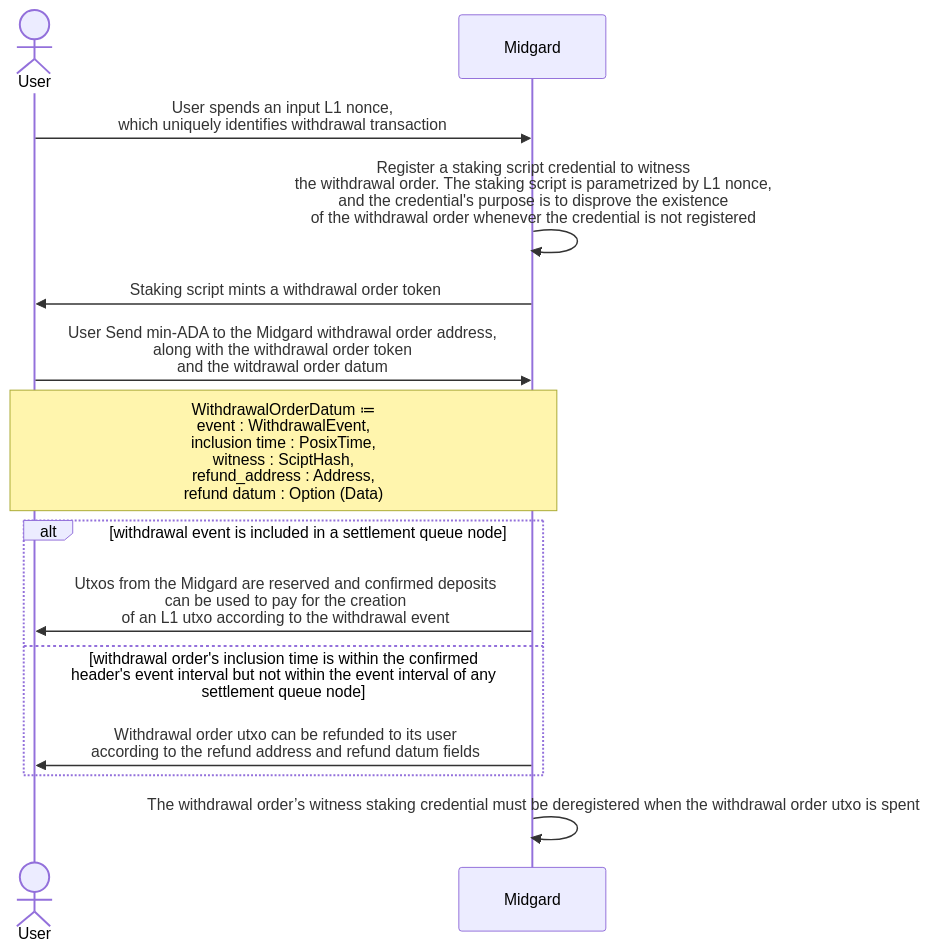
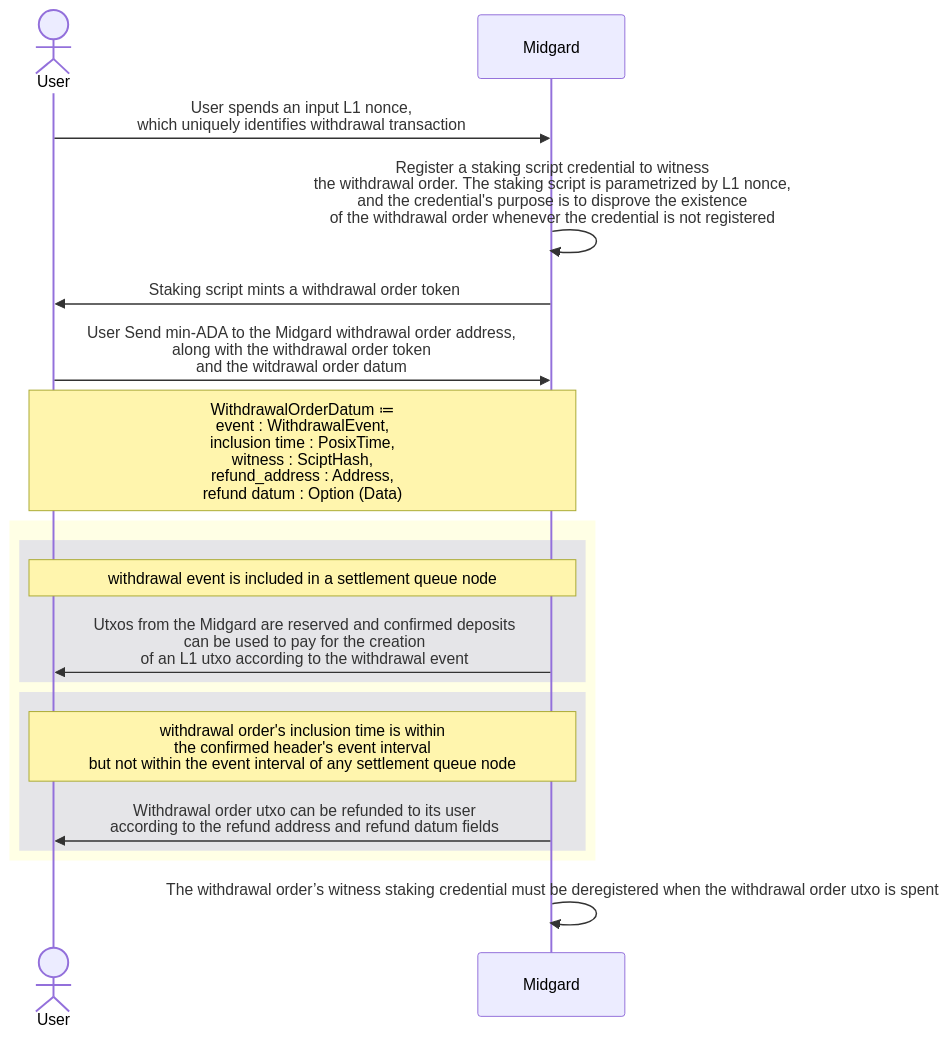
Before and after one commit to sundial-protocol/sundial-monorepo: the diagram in demo/schemes/L1_withdrawal_order.md, drawn with Mermaid.

Commit message:
Change alt block to colored rectangles

````diff
--- a/demo/schemes/L1_withdrawal_order.md
+++ b/demo/schemes/L1_withdrawal_order.md
@@ -1,19 +1,24 @@
 ```mermaid
 
 sequenceDiagram
 
   Actor User
   participant Midgard
   User ->> Midgard: User spends an input L1 nonce,<br>which uniquely identifies withdrawal transaction
   Midgard ->> Midgard: Register a staking script credential to witness<br>the withdrawal order. The staking script is parametrized by L1 nonce,<br>and the credential's purpose is to disprove the existence<br>of the withdrawal order whenever the credential is not registered
   Midgard ->> User: Staking script mints a withdrawal order token
   User ->> Midgard:User Send min-ADA to the Midgard withdrawal order address,<br>along with the withdrawal order token<br>and the witdrawal order datum
   Note over User,Midgard: WithdrawalOrderDatum ≔<br>event : WithdrawalEvent,<br>inclusion time : PosixTime,<br>witness : SciptHash,<br>refund_address : Address,<br>refund datum : Option (Data)
-  alt withdrawal event is included in a settlement queue node
-        Midgard->>User: Utxos from the Midgard are reserved and confirmed deposits<br>can be used to pay for the creation<br>of an L1 utxo according to the withdrawal event
-  else withdrawal order's inclusion time is within the confirmed header's event interval but not within the event interval of any settlement queue node
-    Midgard->>User: Withdrawal order utxo can be refunded to its user<br>according to the refund address and refund datum fields
+  rect rgba(255, 255, 0, .1)
+  rect rgba(0, 0, 255, .1)
+  Note over Midgard,User: withdrawal event is included in a settlement queue node
+  Midgard->>User: Utxos from the Midgard are reserved and confirmed deposits<br>can be used to pay for the creation<br>of an L1 utxo according to the withdrawal event
   end
+  rect rgba(0, 0, 255, .1)
+   Note over Midgard,User: withdrawal order's inclusion time is within<br>the confirmed header's event interval<br>but not within the event interval of any settlement queue node
+  Midgard->>User: Withdrawal order utxo can be refunded to its user<br>according to the refund address and refund datum fields
+  end
+  end
+  
   Midgard ->> Midgard: The withdrawal order’s witness staking credential must be deregistered when the withdrawal order utxo is spent
-
 ```
````
